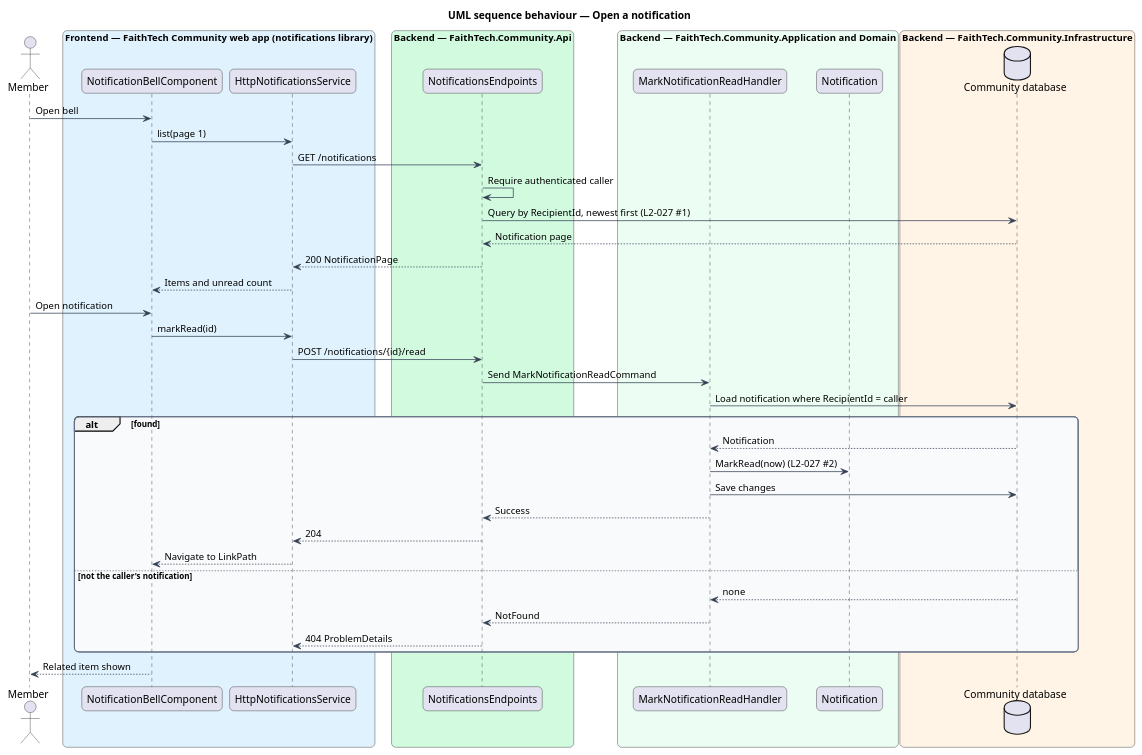
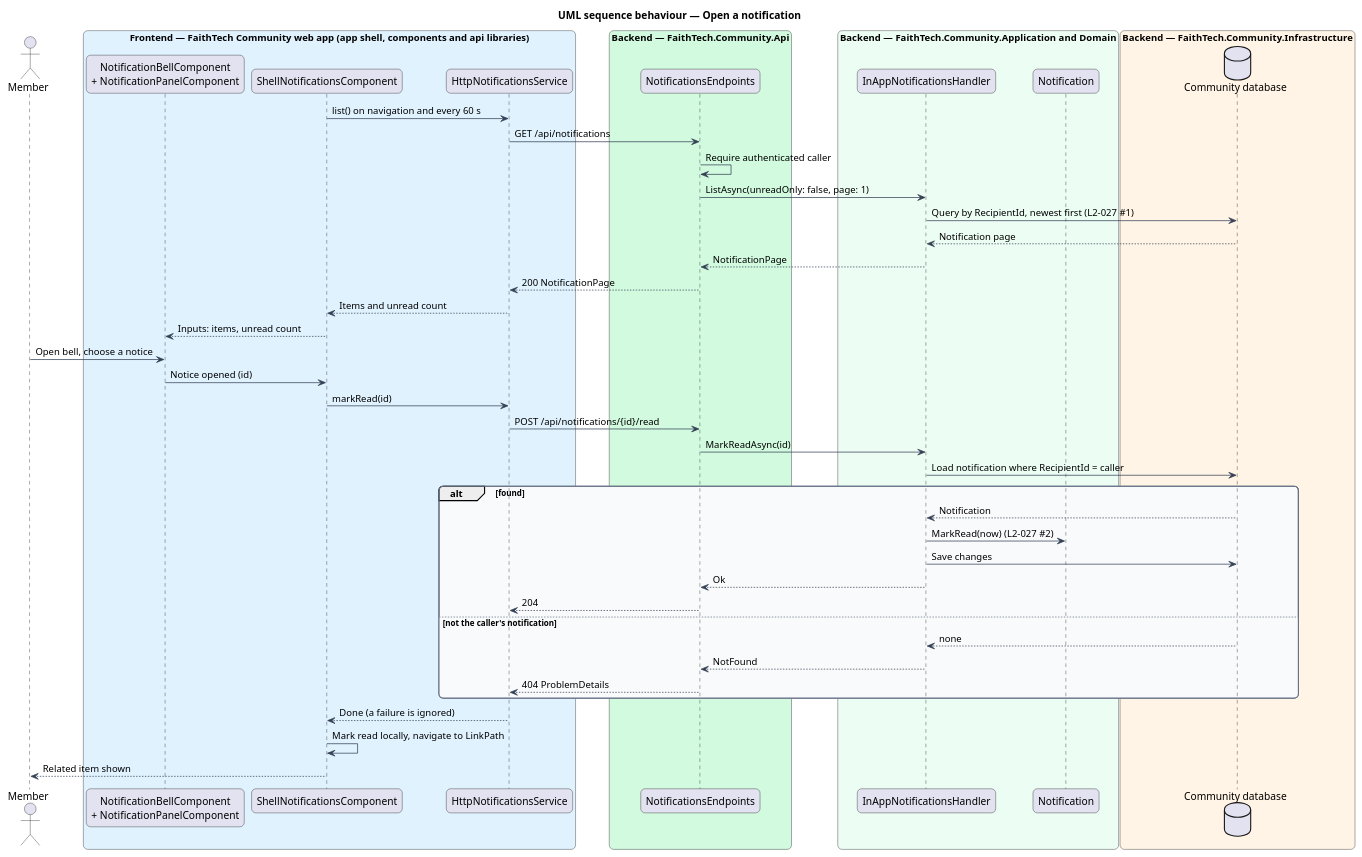
Before and after one commit to QuinntyneBrown/faithtech-community: the diagram in docs/detailed-designs/notifications/in-app-notifications/diagrams/sequence-open-notification.puml, drawn with PlantUML. The commit also changed 33 other files, not shown here.

First line of the commit message:
Redraw the notification, announcement and search diagrams to match the code

```diff
--- a/docs/detailed-designs/notifications/in-app-notifications/diagrams/sequence-open-notification.puml
+++ b/docs/detailed-designs/notifications/in-app-notifications/diagrams/sequence-open-notification.puml
@@ -1,58 +1,63 @@
 @startuml
 title UML sequence behaviour — Open a notification
 skinparam backgroundColor #FFFFFF
 skinparam shadowing false
 skinparam roundcorner 12
 skinparam defaultFontName Arial
 skinparam ArrowColor #344054
 skinparam rectangle {
   BorderColor #344054
   FontColor #101828
 }
 skinparam package {
   BorderColor #667085
   FontColor #101828
   BackgroundColor #F9FAFB
 }
 actor "Member" as actor
-box "Frontend — FaithTech Community web app (notifications library)" #E0F2FE
-  participant "NotificationBellComponent" as bell
+box "Frontend — FaithTech Community web app (app shell, components and api libraries)" #E0F2FE
+  participant "NotificationBellComponent\n+ NotificationPanelComponent" as bell
+  participant "ShellNotificationsComponent" as shell
   participant "HttpNotificationsService" as client
 end box
 box "Backend — FaithTech.Community.Api" #D1FADF
   participant "NotificationsEndpoints" as ep
 end box
 box "Backend — FaithTech.Community.Application and Domain" #ECFDF3
-  participant "MarkNotificationReadHandler" as h
+  participant "InAppNotificationsHandler" as h
   participant "Notification" as n
 end box
 box "Backend — FaithTech.Community.Infrastructure" #FFF4E5
   database "Community database" as db
 end box
-actor -> bell : Open bell
-bell -> client : list(page 1)
-client -> ep : GET /notifications
+shell -> client : list() on navigation and every 60 s
+client -> ep : GET /api/notifications
 ep -> ep : Require authenticated caller
-ep -> db : Query by RecipientId, newest first (L2-027 #1)
-db --> ep : Notification page
+ep -> h : ListAsync(unreadOnly: false, page: 1)
+h -> db : Query by RecipientId, newest first (L2-027 #1)
+db --> h : Notification page
+h --> ep : NotificationPage
 ep --> client : 200 NotificationPage
-client --> bell : Items and unread count
-actor -> bell : Open notification
-bell -> client : markRead(id)
-client -> ep : POST /notifications/{id}/read
-ep -> h : Send MarkNotificationReadCommand
+client --> shell : Items and unread count
+shell --> bell : Inputs: items, unread count
+actor -> bell : Open bell, choose a notice
+bell -> shell : Notice opened (id)
+shell -> client : markRead(id)
+client -> ep : POST /api/notifications/{id}/read
+ep -> h : MarkReadAsync(id)
 h -> db : Load notification where RecipientId = caller
 alt found
   db --> h : Notification
   h -> n : MarkRead(now) (L2-027 #2)
   h -> db : Save changes
-  h --> ep : Success
+  h --> ep : Ok
   ep --> client : 204
-  client --> bell : Navigate to LinkPath
 else not the caller's notification
   db --> h : none
   h --> ep : NotFound
   ep --> client : 404 ProblemDetails
 end
-bell --> actor : Related item shown
+client --> shell : Done (a failure is ignored)
+shell -> shell : Mark read locally, navigate to LinkPath
+shell --> actor : Related item shown
 @enduml
```
